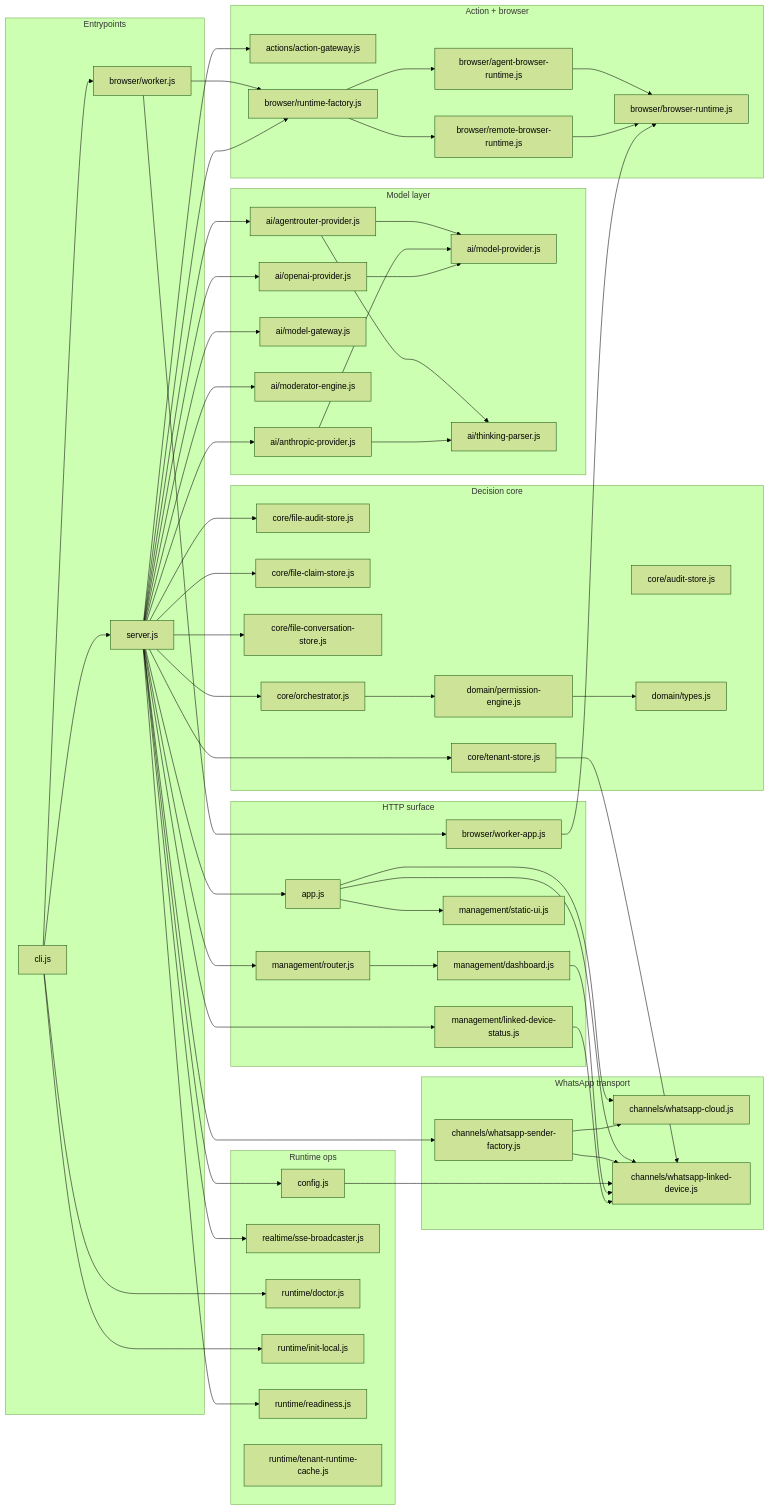
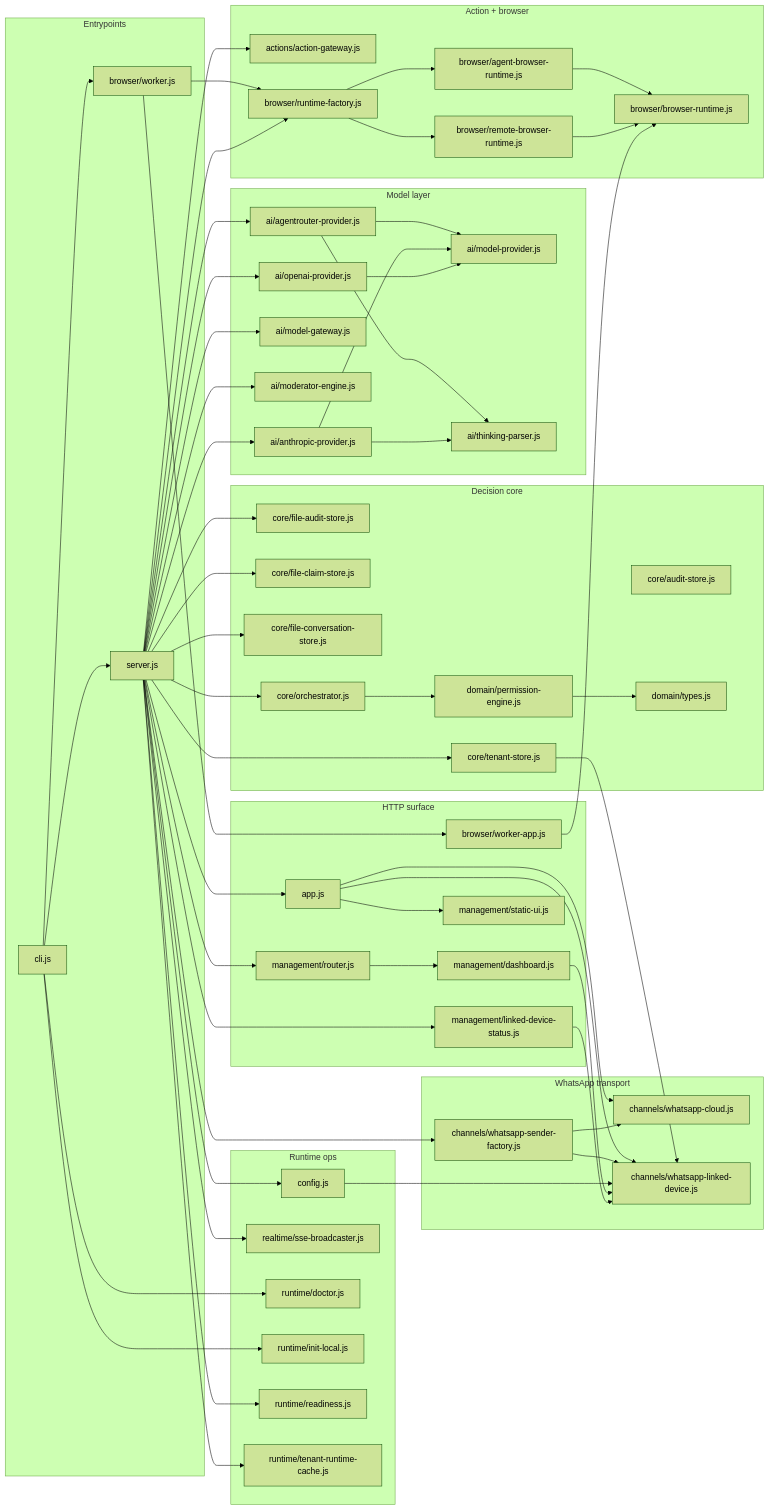
Before and after one commit to imMamdouhaboammar/whatsapp-ai-supervisor: the first of 3 diagrams in docs/CODE_GRAPH.md, drawn with Mermaid (forest theme). The commit also changed other lines of this file and 1 other file, not shown here.

Commit message:
docs: refresh code graph

````diff
--- a/docs/CODE_GRAPH.md
+++ b/docs/CODE_GRAPH.md
@@ -107,4 +107,5 @@
   src_server_js --> src_management_router_js
   src_server_js --> src_realtime_sse_broadcaster_js
   src_server_js --> src_runtime_readiness_js
+  src_server_js --> src_runtime_tenant_runtime_cache_js
 ```
````
